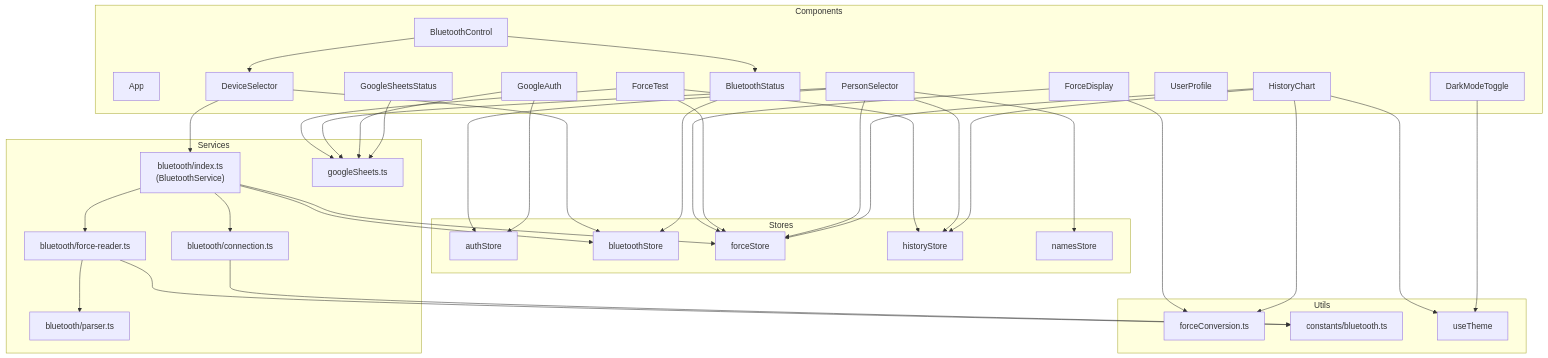
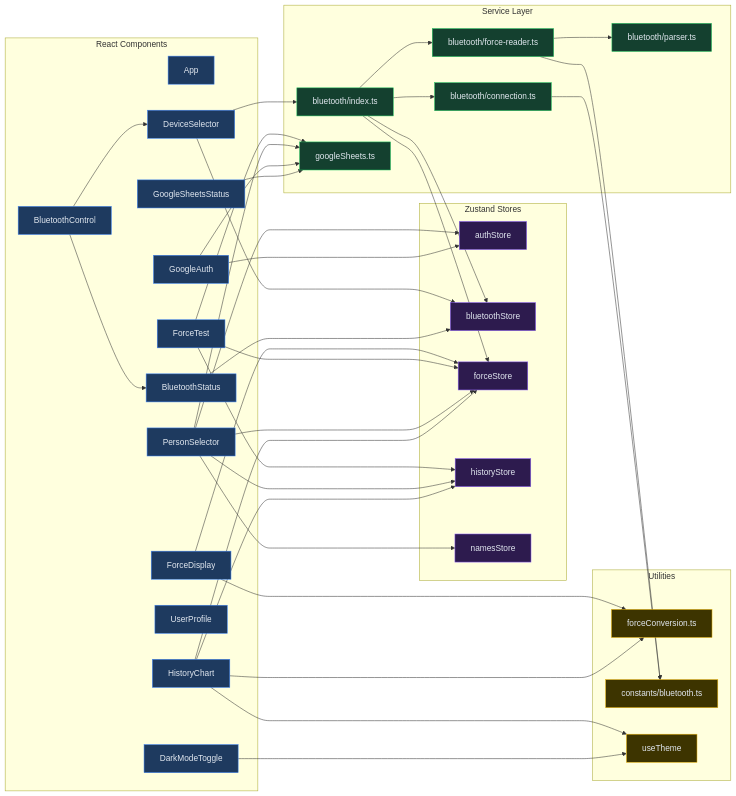
One commit to DerekLieww/Force-Recorder changed diagram 15 of 23 in ARCHITECTURE.md. Above: the diagram before and after it, drawn with Mermaid. The commit also changed other lines of this file and 9 other files, not shown here.

````diff
--- a/ARCHITECTURE.md
+++ b/ARCHITECTURE.md
@@ -742,71 +832,81 @@
 ```mermaid
-graph TD
-    subgraph Components
+graph LR
+    subgraph Components["React Components"]
         App
         BluetoothControl
         DeviceSelector
         ForceDisplay
         ForceTest
         PersonSelector
         HistoryChart
         GoogleAuth
         GoogleSheetsStatus
         UserProfile
         DarkModeToggle
         BluetoothStatus
     end
 
-    subgraph Stores
+    subgraph Stores["Zustand Stores"]
         authStore
         bluetoothStore
         forceStore
         historyStore
         namesStore
     end
 
-    subgraph Services
-        BTIndex["bluetooth/index.ts<br/>(BluetoothService)"]
+    subgraph Services["Service Layer"]
+        BTIndex["bluetooth/index.ts"]
         BTConn["bluetooth/connection.ts"]
         BTReader["bluetooth/force-reader.ts"]
         BTParser["bluetooth/parser.ts"]
         SheetsService["googleSheets.ts"]
     end
 
-    subgraph Utils
+    subgraph Utils["Utilities"]
         ForceConverter["forceConversion.ts"]
         BTConstants["constants/bluetooth.ts"]
         useTheme
     end
 
     BluetoothControl --> BluetoothStatus
     BluetoothControl --> DeviceSelector
     DeviceSelector --> BTIndex
     DeviceSelector --> bluetoothStore
     ForceDisplay --> forceStore
     ForceDisplay --> ForceConverter
     ForceTest --> forceStore
     ForceTest --> SheetsService
     ForceTest --> historyStore
     PersonSelector --> forceStore
     PersonSelector --> authStore
     PersonSelector --> namesStore
     PersonSelector --> historyStore
     PersonSelector --> SheetsService
     HistoryChart --> historyStore
     HistoryChart --> forceStore
     HistoryChart --> useTheme
     HistoryChart --> ForceConverter
     GoogleAuth --> authStore
     GoogleAuth --> SheetsService
     GoogleSheetsStatus --> SheetsService
     DarkModeToggle --> useTheme
     BluetoothStatus --> bluetoothStore
 
     BTIndex --> BTConn
     BTIndex --> BTReader
     BTIndex --> bluetoothStore
     BTIndex --> forceStore
     BTReader --> BTParser
     BTReader --> BTConstants
     BTConn --> BTConstants
+
+    classDef component fill:#1e3a5f,stroke:#3b82f6,color:#e2e8f0
+    classDef store fill:#2d1b4e,stroke:#8b5cf6,color:#e2e8f0
+    classDef service fill:#14402f,stroke:#22c55e,color:#e2e8f0
+    classDef util fill:#3d3400,stroke:#eab308,color:#e2e8f0
+
+    class App,BluetoothControl,DeviceSelector,ForceDisplay,ForceTest,PersonSelector,HistoryChart,GoogleAuth,GoogleSheetsStatus,UserProfile,DarkModeToggle,BluetoothStatus component
+    class authStore,bluetoothStore,forceStore,historyStore,namesStore store
+    class BTIndex,BTConn,BTReader,BTParser,SheetsService service
+    class ForceConverter,BTConstants,useTheme util
 ```
````
